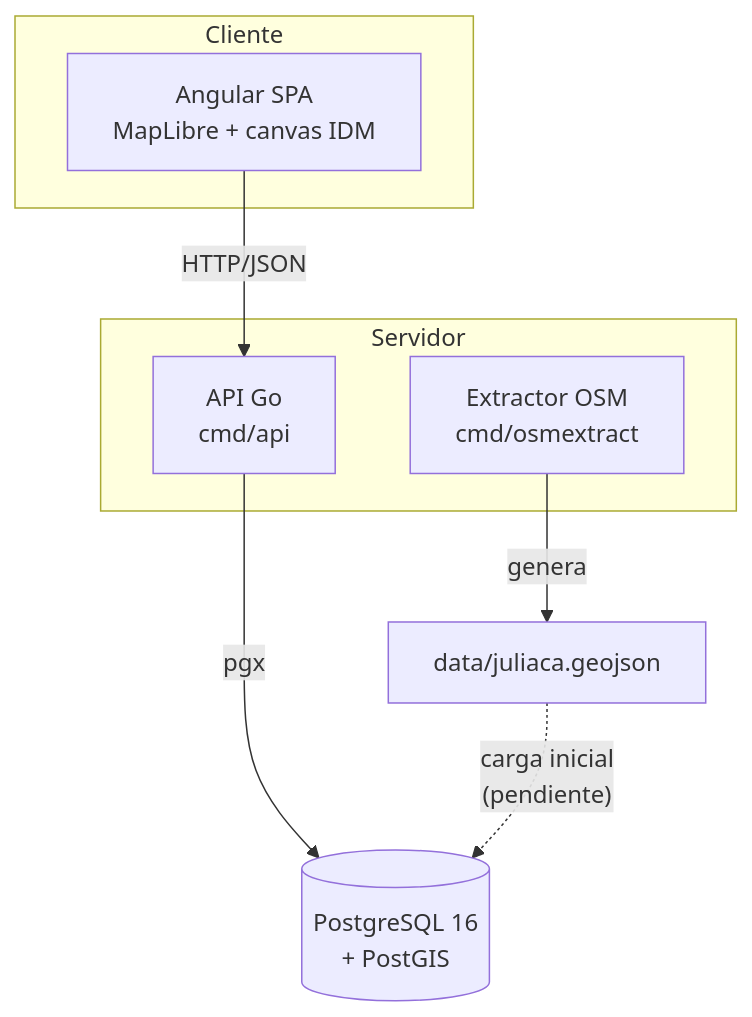
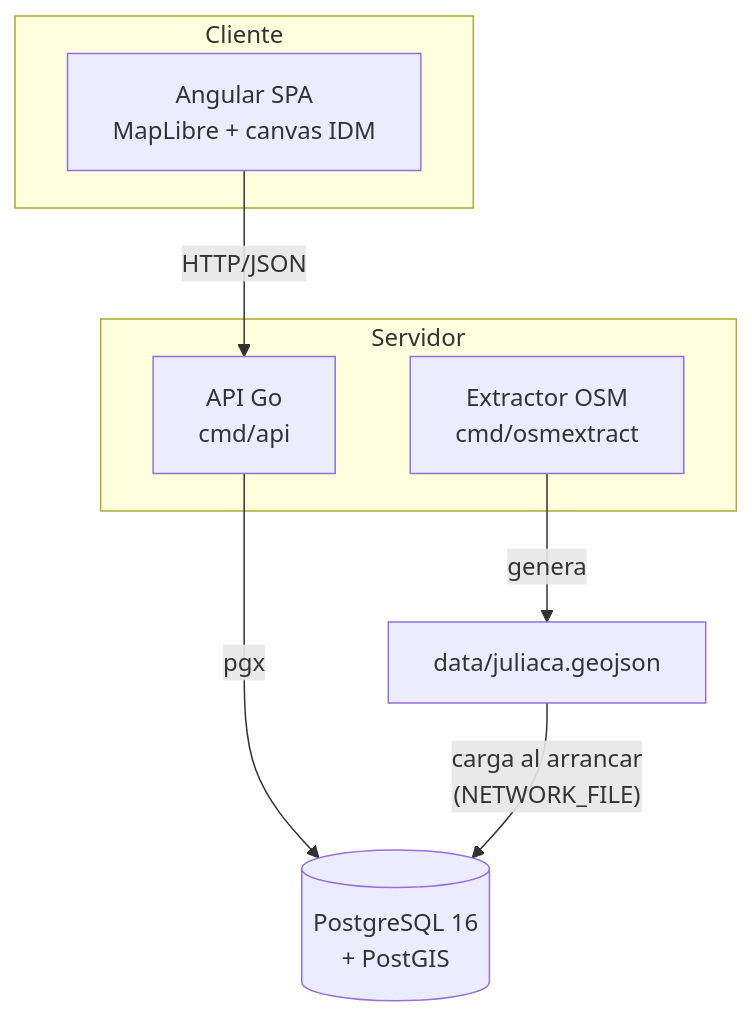
Before and after one commit to jefrabit/WayraFlow: the second of 4 diagrams in docs/diagramas.md, drawn with Mermaid. The commit also changed other lines of this file and 3 other files, not shown here.

````diff
--- a/docs/diagramas.md
+++ b/docs/diagramas.md
@@ -31,19 +31,19 @@
 ```mermaid
 flowchart TB
     subgraph cliente["Cliente"]
         SPA["Angular SPA<br/>MapLibre + canvas IDM"]
     end
 
     subgraph servidor["Servidor"]
         API["API Go<br/>cmd/api"]
         EXT["Extractor OSM<br/>cmd/osmextract"]
     end
 
     DB[("PostgreSQL 16<br/>+ PostGIS")]
     GEO["data/juliaca.geojson"]
 
     SPA -->|"HTTP/JSON"| API
     API -->|"pgx"| DB
     EXT -->|"genera"| GEO
-    GEO -.->|"carga inicial<br/>(pendiente)"| DB
+    GEO -->|"carga al arrancar<br/>(NETWORK_FILE)"| DB
 ```
````
